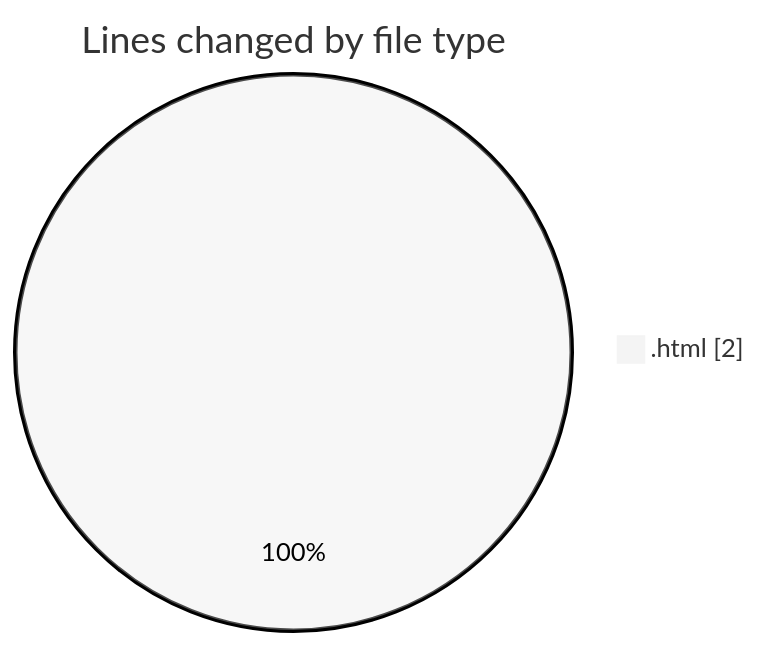
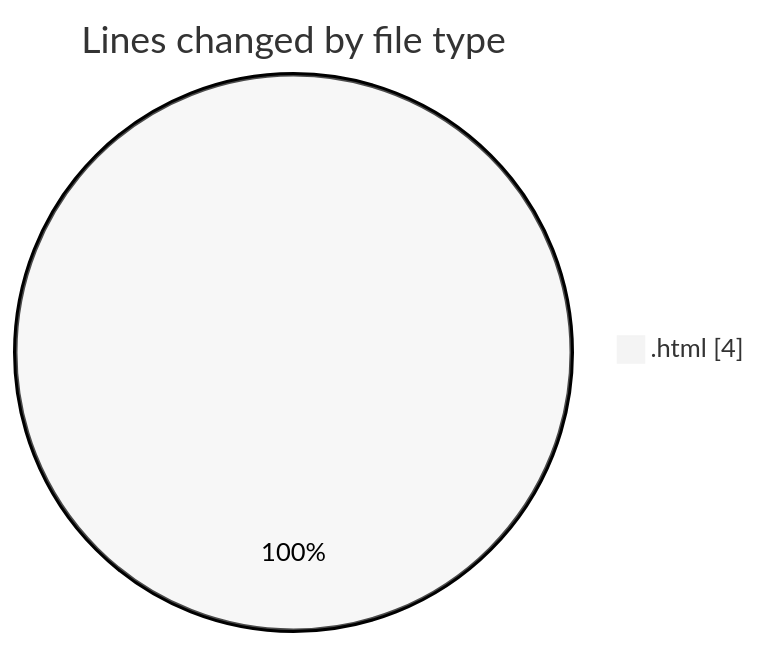
One commit to LanceThiago/code-tracking changed the first of 2 diagrams in 2025-04-25/enre_-_calculadora_de_consumo_v_2022_files/README.md. Above: the diagram before and after it, drawn with Mermaid (neutral theme). The commit also changed other lines of this file and 1 other file, not shown here.

````diff
--- a/2025-04-25/enre_-_calculadora_de_consumo_v_2022_files/README.md
+++ b/2025-04-25/enre_-_calculadora_de_consumo_v_2022_files/README.md
@@ -20,5 +20,5 @@
 ```mermaid
 pie showData
 title Lines changed by file type
-".html" : 2
+".html" : 4
 ```
````
